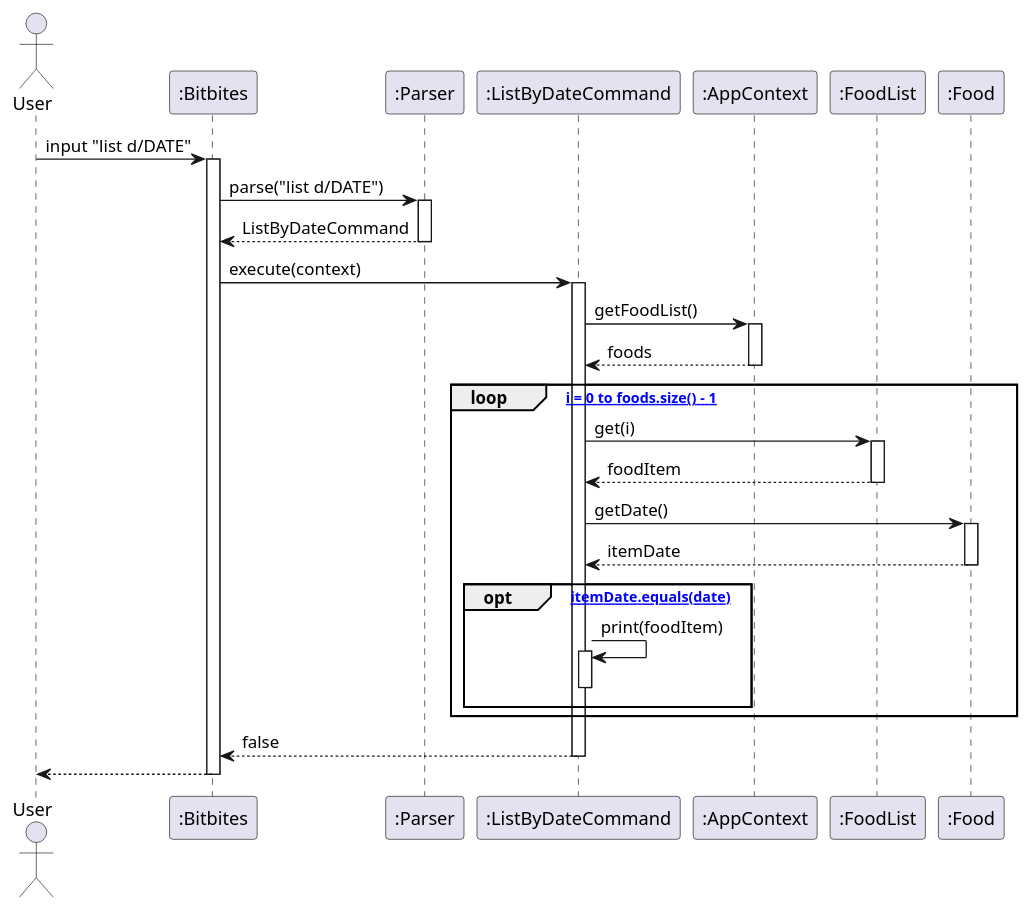
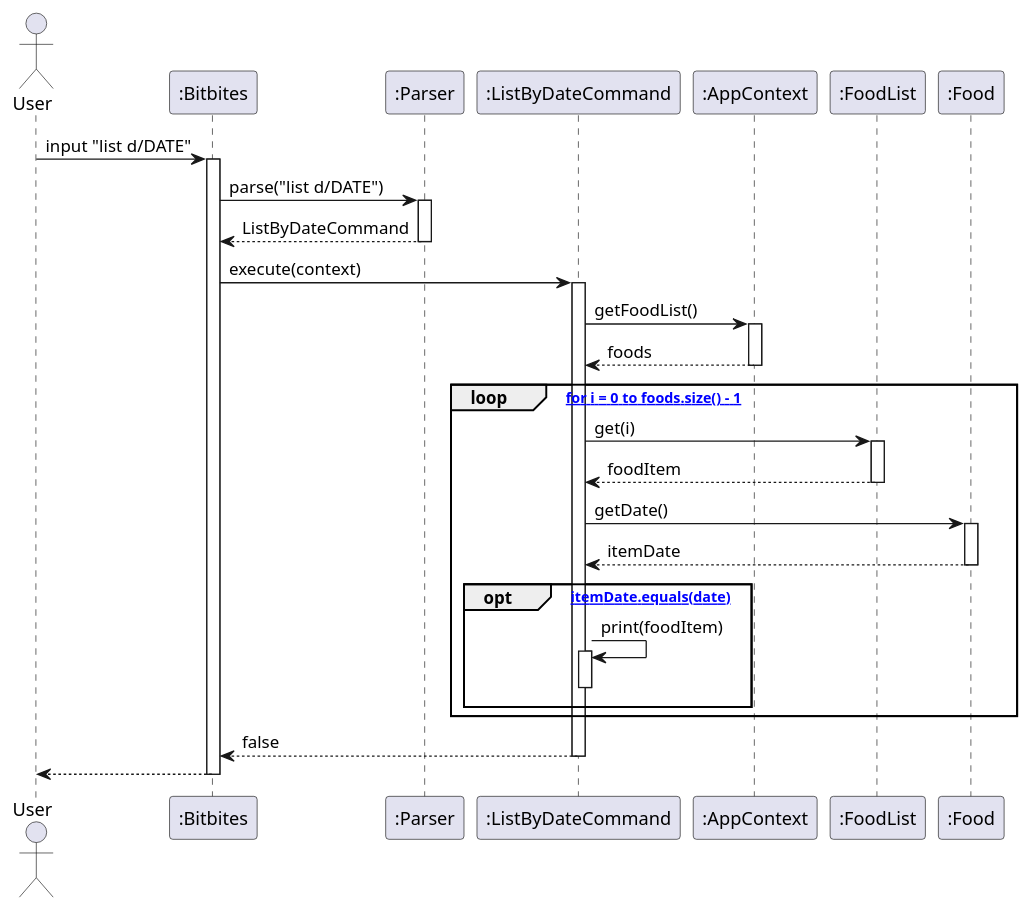
Before and after one commit to AY2526S2-CS2113-F14-2/tp: the diagram in docs/uml/listFromDate.puml, drawn with PlantUML. The commit also changed 15 other files, not shown here.

```diff
--- a/docs/uml/listFromDate.puml
+++ b/docs/uml/listFromDate.puml
@@ -1,49 +1,49 @@
 @startuml
 actor User
 participant ":Bitbites" as Bitbites
 participant ":Parser" as Parser
 participant ":ListByDateCommand" as ListByDateCommand
 participant ":AppContext" as AppContext
 participant ":FoodList" as FoodList
 participant ":Food" as Food
 
 User -> Bitbites : input "list d/DATE"
 activate Bitbites
 
 Bitbites -> Parser : parse("list d/DATE")
 activate Parser
 Parser --> Bitbites : ListByDateCommand
 deactivate Parser
 
 Bitbites -> ListByDateCommand : execute(context)
 activate ListByDateCommand
 
 ListByDateCommand -> AppContext : getFoodList()
 activate AppContext
 AppContext --> ListByDateCommand : foods
 deactivate AppContext
 
-loop [for i = 0 to foods.size() - 1]
+loop [* for i = 0 to foods.size() - 1]
   ListByDateCommand -> FoodList : get(i)
   activate FoodList
   FoodList --> ListByDateCommand : foodItem
   deactivate FoodList
 
   ListByDateCommand -> Food : getDate()
   activate Food
   Food --> ListByDateCommand : itemDate
   deactivate Food
 
-  opt [itemDate.equals(date)]
+  opt [* itemDate.equals(date)]
     ListByDateCommand -> ListByDateCommand : print(foodItem)
     activate ListByDateCommand
     deactivate ListByDateCommand
   end
 end
 
 ListByDateCommand --> Bitbites : false
 deactivate ListByDateCommand
 
 Bitbites --> User
 deactivate Bitbites
 @enduml
```
